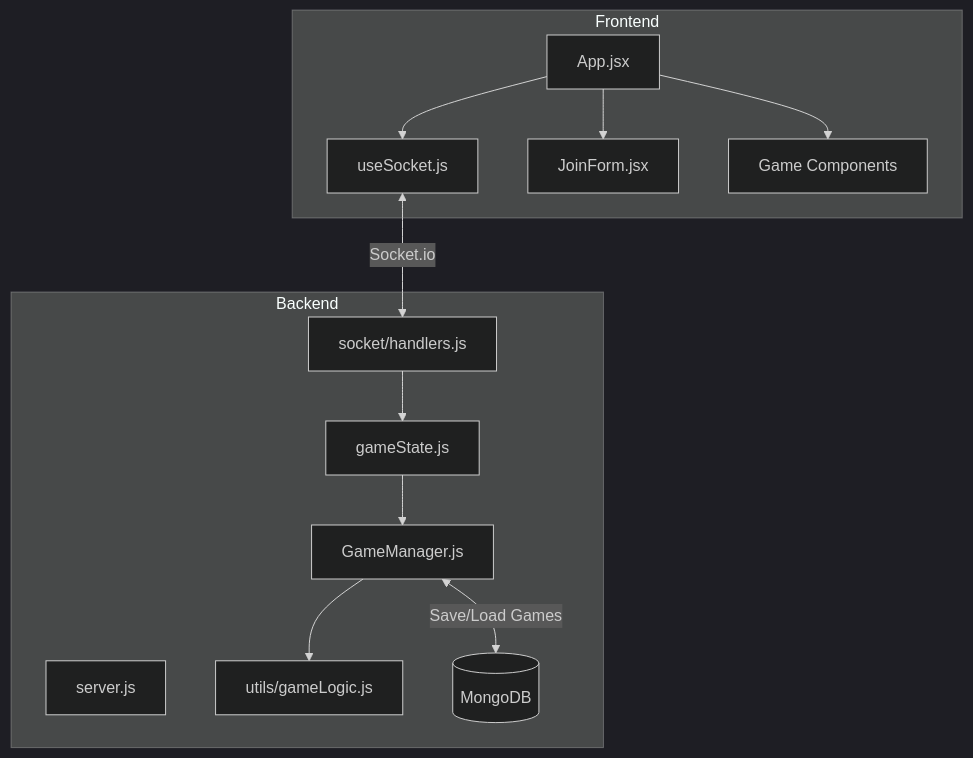
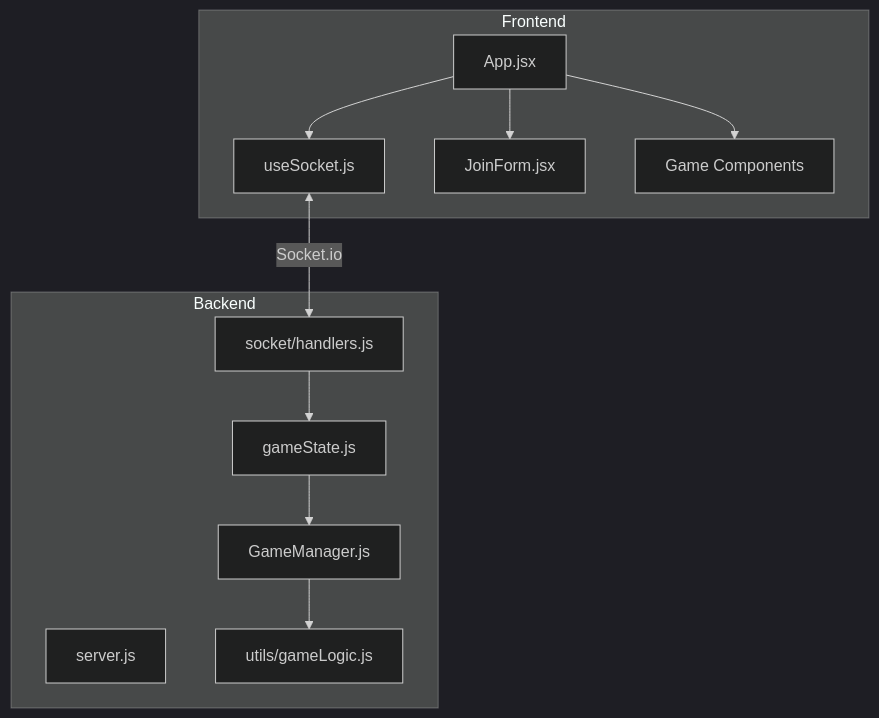
Before and after one commit to shameer99/anagrab: the first of 5 diagrams in .github/docs/persistence_plan.md, drawn with Mermaid (dark theme). The commit also changed other lines of this file and 8 other files, not shown here.

````diff
--- a/.github/docs/persistence_plan.md
+++ b/.github/docs/persistence_plan.md
@@ -12,27 +13,25 @@
 ```mermaid
 flowchart TD
     subgraph Frontend
         App[App.jsx]
         UseSocket[useSocket.js]
         JoinForm[JoinForm.jsx]
         GameComponents[Game Components]
     end
 
     subgraph Backend
         Server[server.js]
         SocketHandlers[socket/handlers.js]
         GameStateModule[gameState.js]
         GameManager[GameManager.js]
         GameLogic[utils/gameLogic.js]
-        MongoDB[(MongoDB)]
     end
 
     App --> UseSocket
     App --> JoinForm
     App --> GameComponents
     UseSocket <-->|Socket.io| SocketHandlers
     SocketHandlers --> GameStateModule
     GameStateModule --> GameManager
     GameManager --> GameLogic
-    GameManager <-->|Save/Load Games| MongoDB
 ```
````
